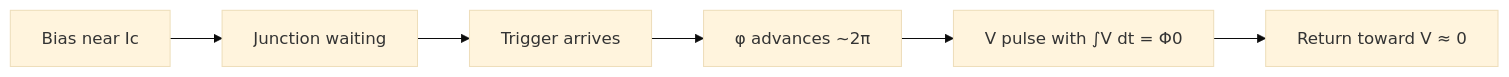
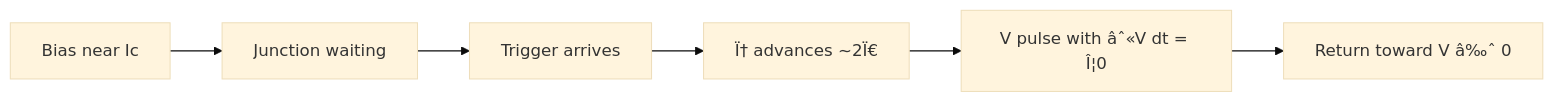
Before and after one commit to Single-Flux-Quantum/sfq-learn-public: the diagram in docs/fundamentals/reading-sfq-notation.md, drawn with Mermaid (base theme). The commit also changed other lines of this file and 41 other files, not shown here.

````diff
--- a/docs/fundamentals/reading-sfq-notation.md
+++ b/docs/fundamentals/reading-sfq-notation.md
@@ -182,8 +182,8 @@
 ```mermaid
 flowchart LR
   Bias[Bias near Ic] --> Wait[Junction waiting]
   Wait --> Trig[Trigger arrives]
-  Trig --> Slip["φ advances ~2π"]
-  Slip --> Pulse["V pulse with ∫V dt = Φ0"]
-  Pulse --> Quiet[Return toward V ≈ 0]
+  Trig --> Slip["Ï† advances ~2Ï€"]
+  Slip --> Pulse["V pulse with âˆ«V dt = Î¦0"]
+  Pulse --> Quiet[Return toward V â‰ˆ 0]
 ```
````
